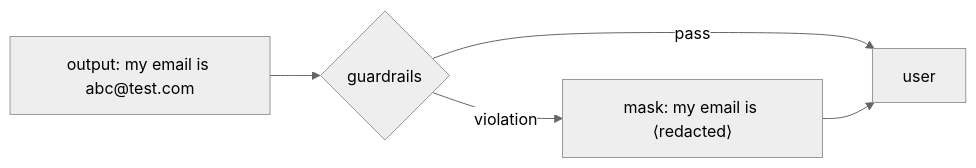
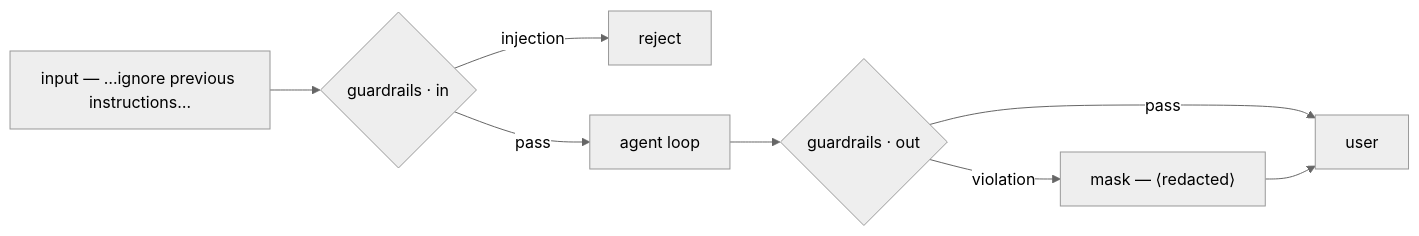
Before and after one commit to CodeCompose7/awesome-ai-stack: the sixth of 11 diagrams in src/content/concepts/en/harness-engineering.mdx, drawn with Mermaid (neutral theme). The commit also changed other lines of this file and 1 other file, not shown here.

Commit message:
content(concepts): cover input guardrails (prompt injection), not just output
The guardrails section promised input/output but only showed the output
side (PII, unsafe, off-topic). Add the input rail: prompt injection and
jailbreaks hidden in user input or retrieved data. Intro and example now
name both directions, the list leads with an injection bullet, and the
diagram routes input → guardrail → loop → guardrail → user with both rails
coloured. Mirrored en/ko.

````diff
--- a/src/content/concepts/en/harness-engineering.mdx
+++ b/src/content/concepts/en/harness-engineering.mdx
@@ -176,8 +177,12 @@
 ```mermaid
 flowchart LR
-  out["output: my email is abc@test.com"] --> guard{"guardrails"}
-  guard -- pass --> user["user"]
-  guard -- violation --> fix["mask: my email is ⟨redacted⟩"]
+  inp["input — …ignore previous instructions…"] --> ginp{"guardrails · in"}
+  ginp -- injection --> drop["reject"]
+  ginp -- pass --> loop["agent loop"]
+  loop --> gout{"guardrails · out"}
+  gout -- violation --> fix["mask — ⟨redacted⟩"]
+  gout -- pass --> user["user"]
   fix --> user
-  class guard roleGuard
+  class ginp roleGuard
+  class gout roleGuard
 ```
````
